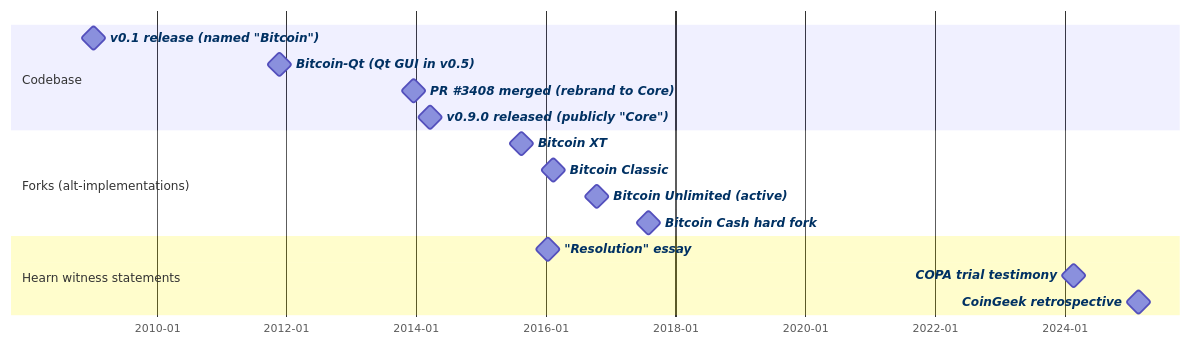
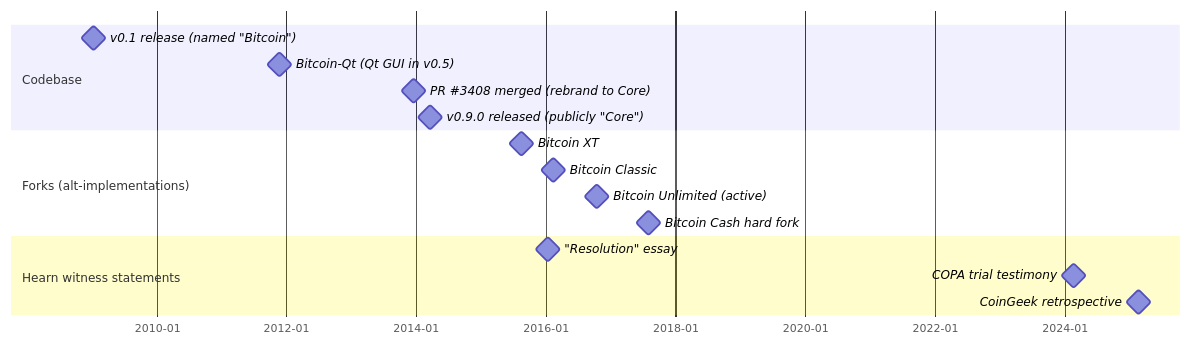
The diagram in src/data/entries/en/analysis/2014-03-19-bitcoin-core-rebrand-authority-effects.md (cypher256/BitcoinArchive), drawn with Mermaid before and after one commit. The commit also changed 8 other files, not shown here.

````diff
--- a/src/data/entries/en/analysis/2014-03-19-bitcoin-core-rebrand-authority-effects.md
+++ b/src/data/entries/en/analysis/2014-03-19-bitcoin-core-rebrand-authority-effects.md
@@ -97,34 +97,27 @@
 ```mermaid
 gantt
     dateFormat YYYY-MM-DD
     axisFormat %Y-%m
 
     section Codebase
-    v0.1 release (named "Bitcoin")          :milestone, v01,    2009-01-09, 1d
-    Bitcoin-Qt (Qt GUI in v0.5)             :milestone, v05,    2011-11-20, 1d
-    PR #3408 merged (rebrand to Core)       :milestone, pr3408, 2013-12-16, 1d
-    v0.9.0 released (publicly "Core")       :milestone, v090,   2014-03-19, 1d
+    v0.1 release (named "Bitcoin")          :milestone, 2009-01-09, 1d
+    %% link: /BitcoinArchive/entries/sourceforge/2009-01-09-bitcoin-v01-released/
+    Bitcoin-Qt (Qt GUI in v0.5)             :milestone, 2011-11-20, 1d
+    %% link: /BitcoinArchive/entries/aftermath/2011-11-20-bitcoin-v05-removes-cryptopp-dependency/
+    PR #3408 merged (rebrand to Core)       :milestone, 2013-12-16, 1d
+    v0.9.0 released (publicly "Core")       :milestone, 2014-03-19, 1d
 
     section Forks (alt-implementations)
-    Bitcoin XT                              :milestone, xt,      2015-08-15, 1d
-    Bitcoin Classic                         :milestone, classic, 2016-02-10, 1d
-    Bitcoin Unlimited (active)              :milestone, bu,      2016-10-14, 1d
-    Bitcoin Cash hard fork                  :milestone, bch,     2017-08-01, 1d
+    Bitcoin XT                              :milestone, 2015-08-15, 1d
+    Bitcoin Classic                         :milestone, 2016-02-10, 1d
+    Bitcoin Unlimited (active)              :milestone, 2016-10-14, 1d
+    Bitcoin Cash hard fork                  :milestone, 2017-08-01, 1d
 
     section Hearn witness statements
-    "Resolution" essay                      :milestone, h2016,   2016-01-14, 1d
-    COPA trial testimony                    :milestone, h2024,   2024-02-22, 1d
-    CoinGeek retrospective                  :milestone, h2025,   2025-02-21, 1d
-
-    click v01    href "/BitcoinArchive/entries/sourceforge/2009-01-09-bitcoin-v01-released/"
-    click v05    href "/BitcoinArchive/entries/aftermath/2011-11-20-bitcoin-v05-removes-cryptopp-dependency/"
-    click pr3408 href "https://github.com/bitcoin/bitcoin/pull/3408"
-    click v090   href "https://bitcoin.org/en/release/v0.9.0"
-    click xt     href "https://en.wikipedia.org/wiki/Bitcoin_XT"
-    click classic href "https://en.wikipedia.org/wiki/Bitcoin_Classic"
-    click bu     href "https://en.wikipedia.org/wiki/Bitcoin_Unlimited"
-    click bch    href "https://en.wikipedia.org/wiki/Bitcoin_Cash"
-    click h2016  href "/BitcoinArchive/entries/aftermath/2016-01-14-mike-hearn-resolution-bitcoin-experiment/"
-    click h2024  href "/BitcoinArchive/entries/aftermath/2024-02-22-mike-hearn-copa-trial-testimony/"
-    click h2025  href "/BitcoinArchive/entries/aftermath/2025-02-21-mike-hearn-coingeek-retrospective/"
+    "Resolution" essay                      :milestone, 2016-01-14, 1d
+    %% link: /BitcoinArchive/entries/aftermath/2016-01-14-mike-hearn-resolution-bitcoin-experiment/
+    COPA trial testimony                    :milestone, 2024-02-22, 1d
+    %% link: /BitcoinArchive/entries/aftermath/2024-02-22-mike-hearn-copa-trial-testimony/
+    CoinGeek retrospective                  :milestone, 2025-02-21, 1d
+    %% link: /BitcoinArchive/entries/aftermath/2025-02-21-mike-hearn-coingeek-retrospective/
 ```
````
